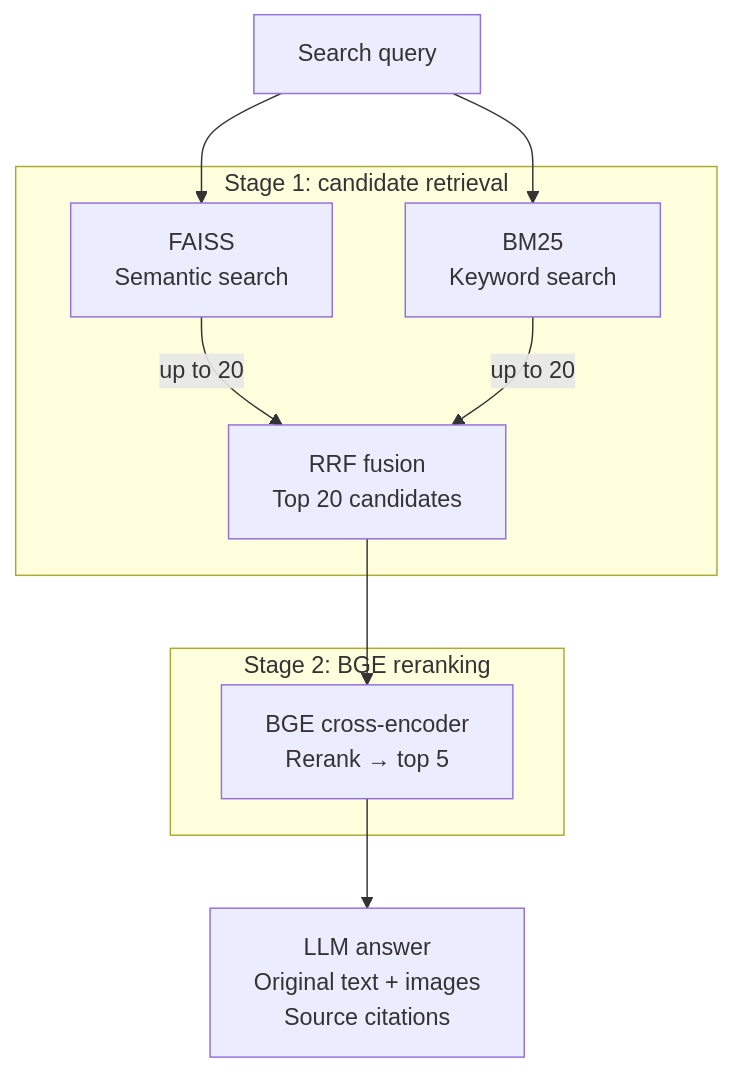
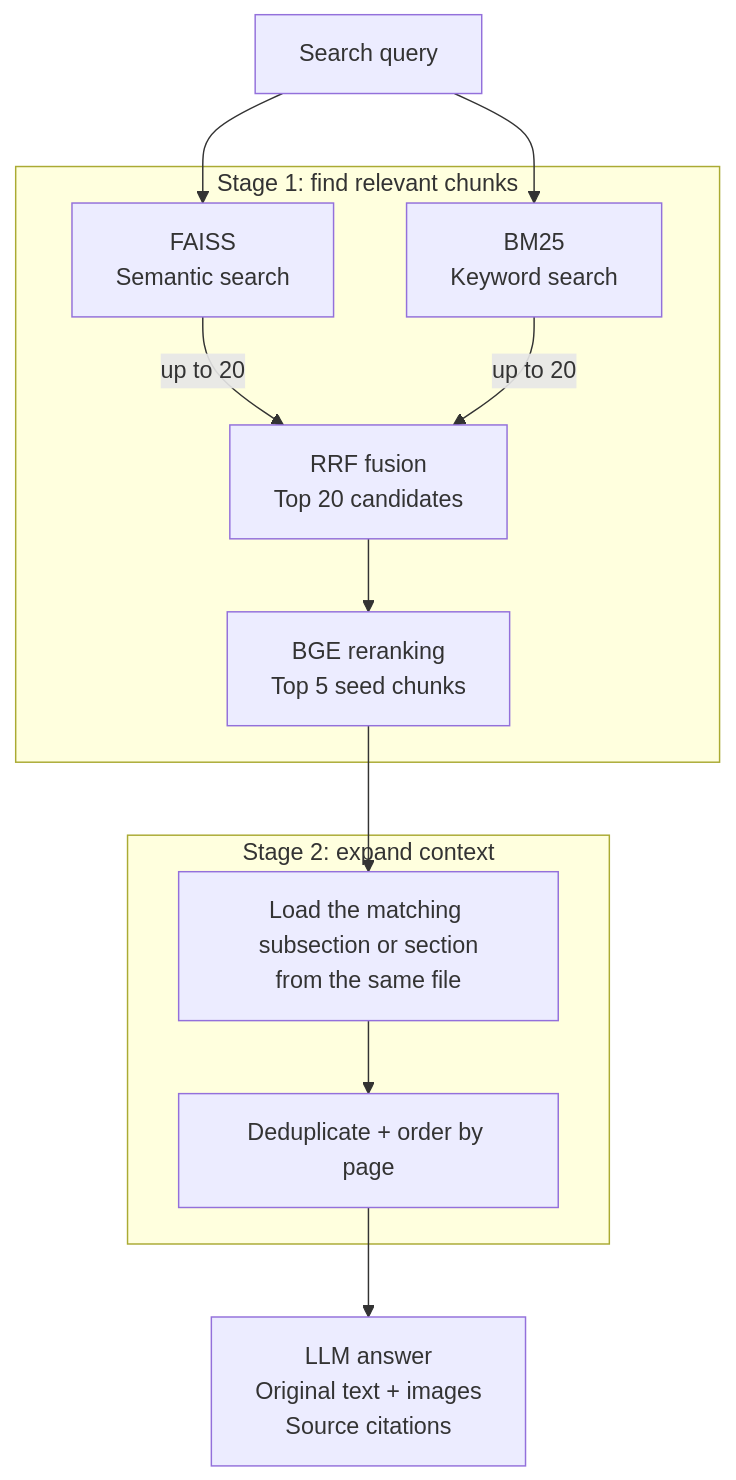
One commit to HUSSAMX7/Advanced_RAG changed the second of 2 diagrams in README.md. Above: the diagram before and after it, drawn with Mermaid. The commit also changed other lines of this file and 7 other files, not shown here.

Commit message:
feat: expand reranked chunks into their document sections

````diff
--- a/README.md
+++ b/README.md
@@ -36,15 +36,16 @@
 ```mermaid
 flowchart TD
     Q["Search query"]
-    subgraph Candidates["Stage 1: candidate retrieval"]
+    subgraph Candidates["Stage 1: find relevant chunks"]
         Dense["FAISS<br/>Semantic search"] -->|"up to 20"| F["RRF fusion<br/>Top 20 candidates"]
         Lexical["BM25<br/>Keyword search"] -->|"up to 20"| F
+        F --> G["BGE reranking<br/>Top 5 seed chunks"]
     end
-    subgraph Reranking["Stage 2: BGE reranking"]
-        G["BGE cross-encoder<br/>Rerank → top 5"]
+    subgraph Expansion["Stage 2: expand context"]
+        X["Load the matching subsection or section<br/>from the same file"] --> O["Deduplicate + order by page"]
     end
     Q --> Dense
     Q --> Lexical
-    F --> G
-    G --> Answer["LLM answer<br/>Original text + images<br/>Source citations"]
+    G --> X
+    O --> Answer["LLM answer<br/>Original text + images<br/>Source citations"]
 ```
````
